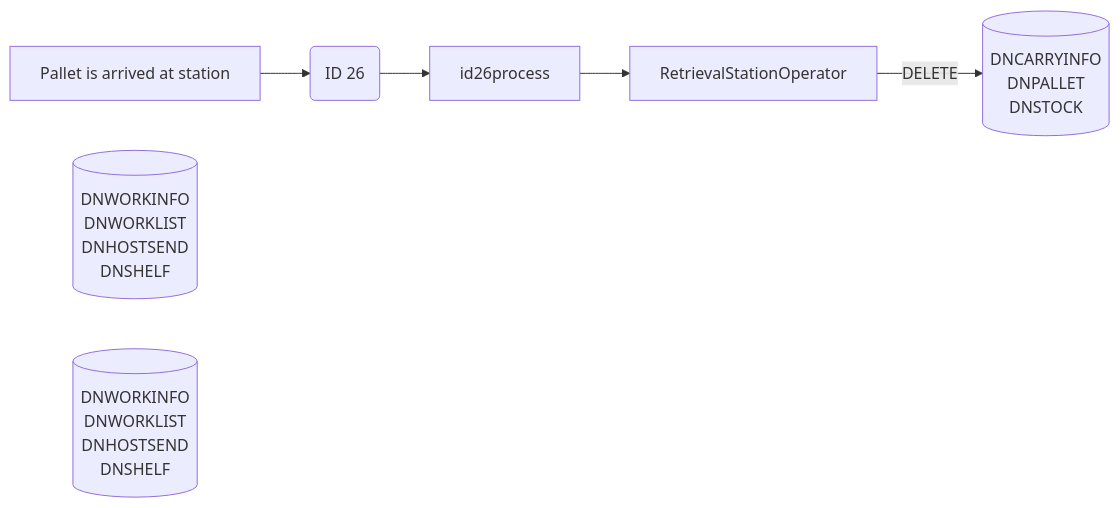
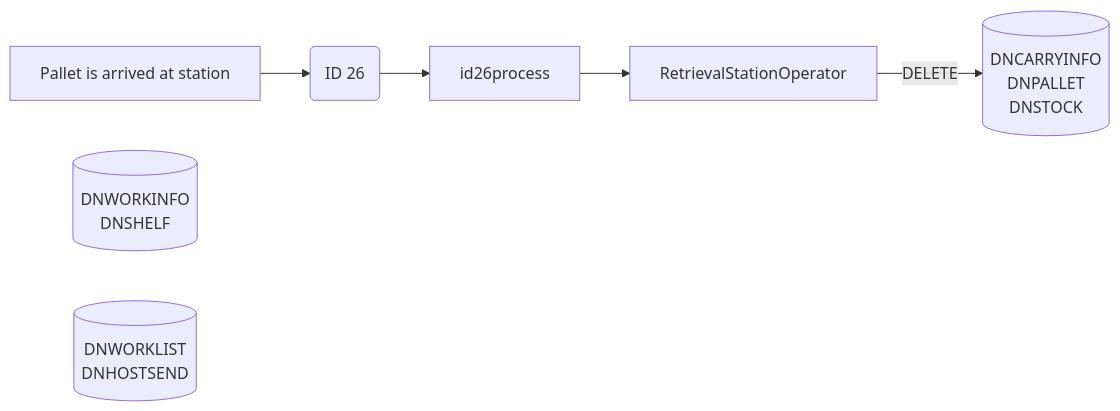
One commit to luthfiadityaa/SimeDarby-Wiki changed the eighth of 8 diagrams in Basic-Design/DFD-WMS/Retrieval/Unplanned-Retrieval-from-HP-Area.md. Above: the diagram before and after it, drawn with Mermaid.

Commit message:
Updated Unplanned Retrieval from HP Area

```diff
--- a/Basic-Design/DFD-WMS/Retrieval/Unplanned-Retrieval-from-HP-Area.md
+++ b/Basic-Design/DFD-WMS/Retrieval/Unplanned-Retrieval-from-HP-Area.md
@@ -233,41 +233,37 @@
 ::: mermaid
 flowchart LR
 
 buttonclicked["
 Pallet is arrived at station
 "]
 
 id26msg("
 ID 26
 ")
 
 id26-update[("
 DNWORKINFO
-DNWORKLIST
-DNHOSTSEND
 DNSHELF
 ")]
 
 id26-delete[("
 DNCARRYINFO
 DNPALLET
 DNSTOCK
 ")]
 
 id26-insert[("
-DNWORKINFO
 DNWORKLIST
 DNHOSTSEND
-DNSHELF
 ")]
 
 id26process[id26process]
 retrievaloperator[RetrievalStationOperator]
 
 
 buttonclicked --> id26msg
 id26msg -->id26process
 id26process-->retrievaloperator
 
 retrievaloperator--> |DELETE| id26-delete
 :::
```
